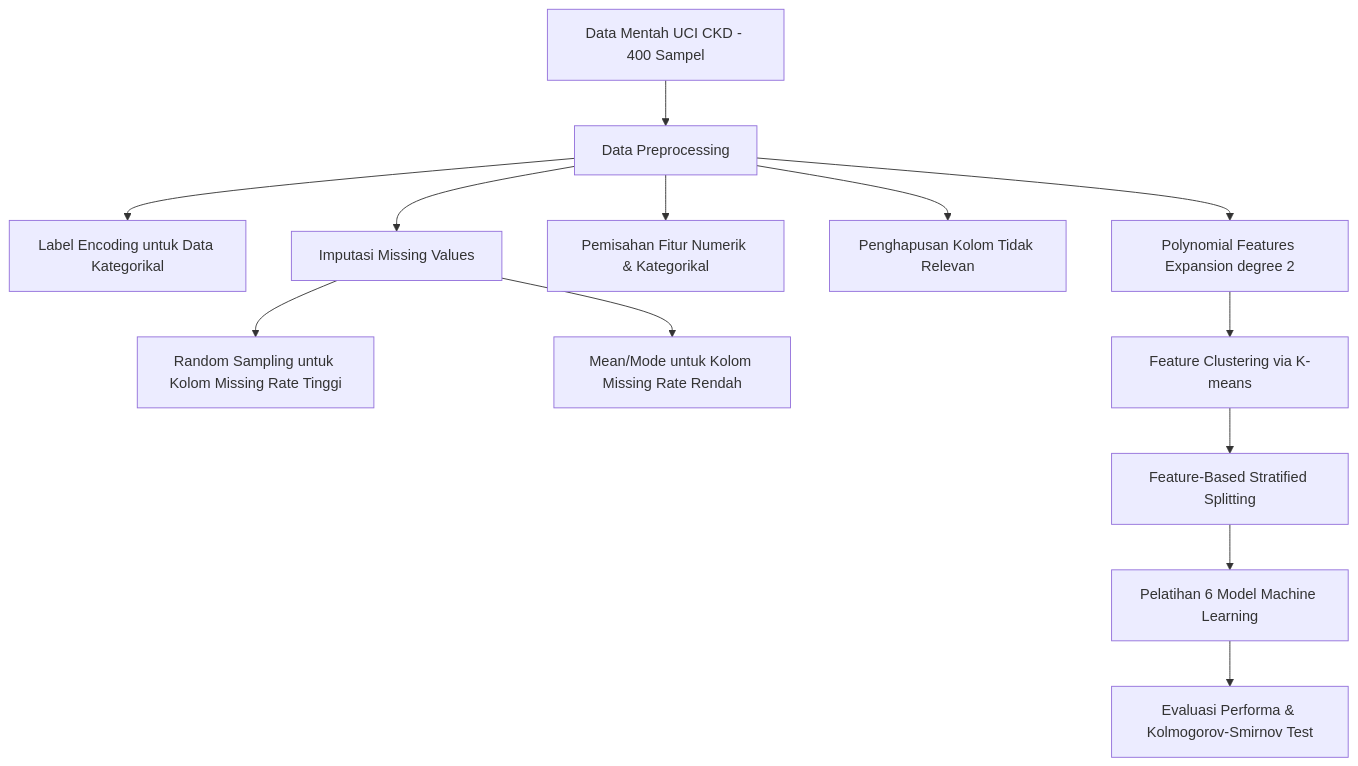
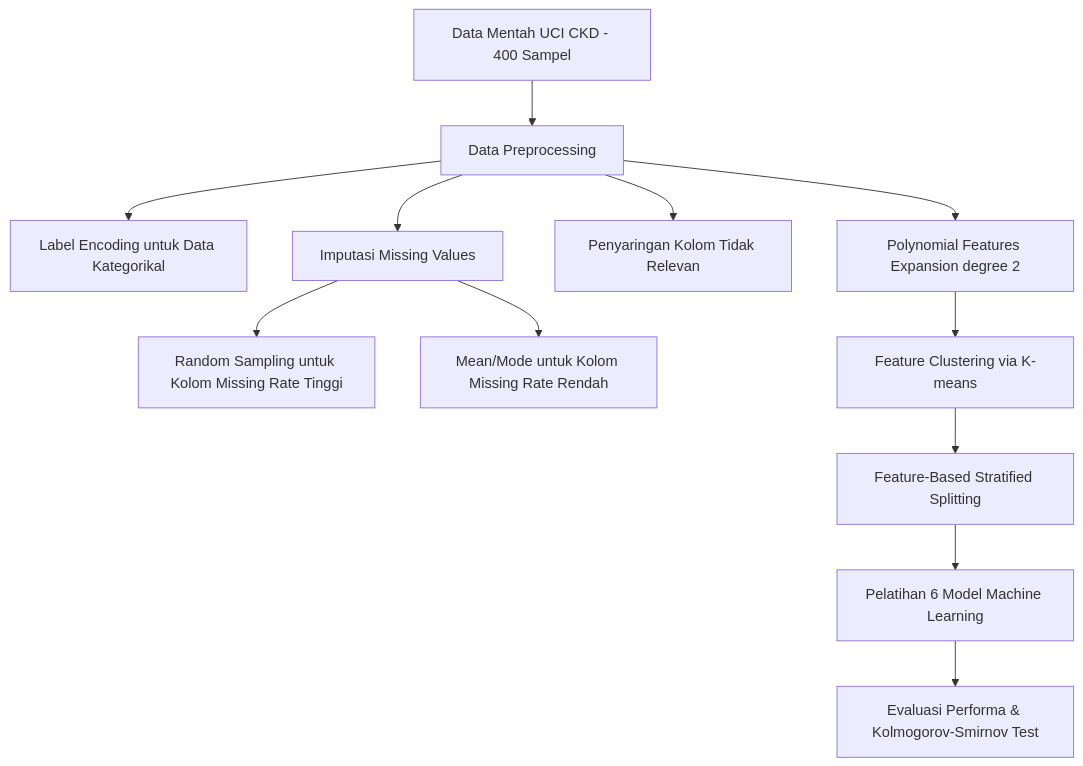
Before and after one commit to Alfaturachman/data-scientist-bnsp: the diagram in chronic kidney disease/readme.md, drawn with Mermaid. The commit also changed other lines of this file and 22 other files, not shown here.

````diff
--- a/chronic kidney disease/readme.md
+++ b/chronic kidney disease/readme.md
@@ -36,15 +39,14 @@
 ```mermaid
 graph TD
     A[Data Mentah UCI CKD - 400 Sampel] --> B[Data Preprocessing]
     B --> B1[Label Encoding untuk Data Kategorikal]
     B --> B2[Imputasi Missing Values]
     B2 --> B2a[Random Sampling untuk Kolom Missing Rate Tinggi]
     B2 --> B2b[Mean/Mode untuk Kolom Missing Rate Rendah]
-    B --> B3[Pemisahan Fitur Numerik & Kategorikal]
-    B --> B4[Penghapusan Kolom Tidak Relevan]
+    B --> B3[Penyaringan Kolom Tidak Relevan]
     B --> C[Polynomial Features Expansion degree 2]
     C --> D[Feature Clustering via K-means]
     D --> E[Feature-Based Stratified Splitting]
     E --> F[Pelatihan 6 Model Machine Learning]
     F --> G[Evaluasi Performa & Kolmogorov-Smirnov Test]
 ```
````
